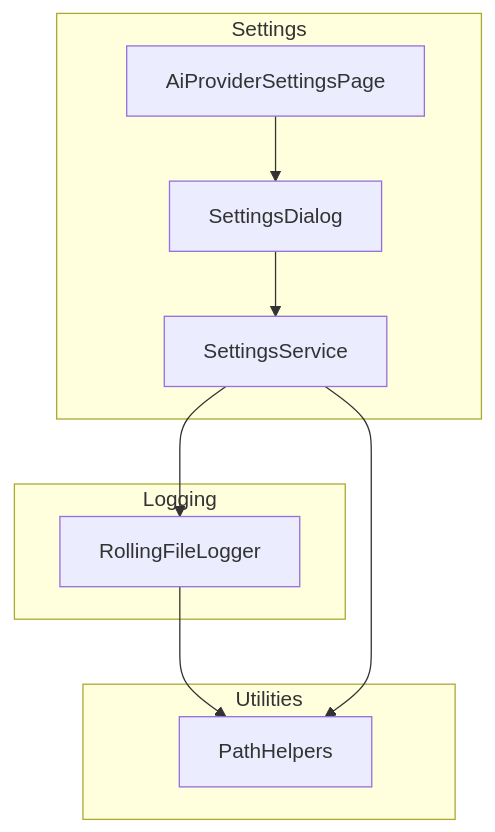
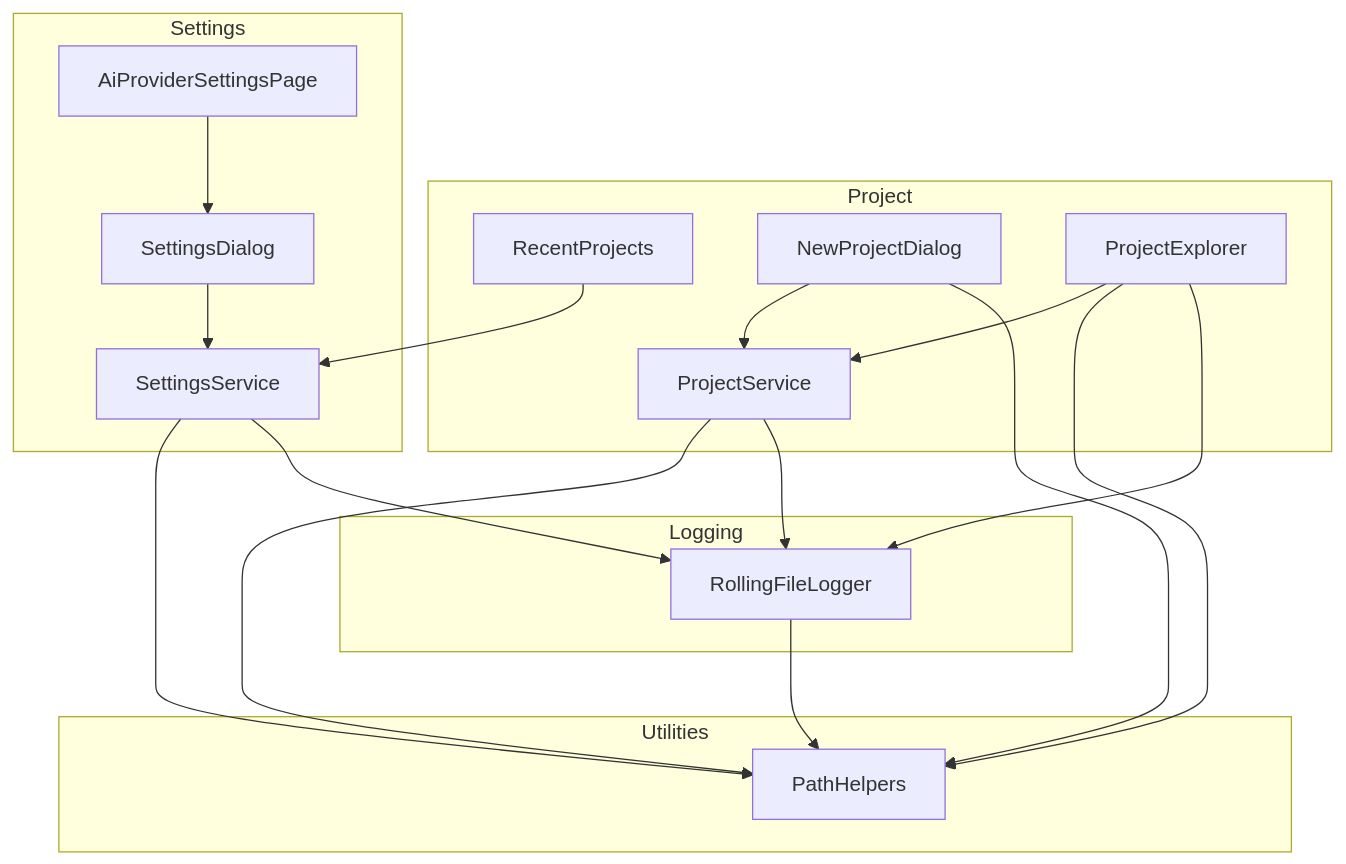
Before and after one commit to demaconsulting/CanvasPilot: the diagram in docs/design/canvas-pilot.md, drawn with Mermaid. The commit also changed other lines of this file and 55 other files, not shown here.

````diff
--- a/docs/design/canvas-pilot.md
+++ b/docs/design/canvas-pilot.md
@@ -12,19 +12,33 @@
 ```mermaid
 flowchart TD
     subgraph Logging
         RollingFileLogger
+    end
+    subgraph Project
+        ProjectService
+        RecentProjects
+        NewProjectDialog
+        ProjectExplorer
     end
     subgraph Settings
         SettingsService
         SettingsDialog
         AiProviderSettingsPage
     end
     subgraph Utilities
         PathHelpers
     end
     RollingFileLogger --> PathHelpers
+    ProjectService --> PathHelpers
+    ProjectService --> RollingFileLogger
+    RecentProjects --> SettingsService
+    NewProjectDialog --> ProjectService
+    NewProjectDialog --> PathHelpers
+    ProjectExplorer --> ProjectService
+    ProjectExplorer --> PathHelpers
+    ProjectExplorer --> RollingFileLogger
     SettingsService --> PathHelpers
     SettingsService --> RollingFileLogger
     SettingsDialog --> SettingsService
     AiProviderSettingsPage --> SettingsDialog
 ```
````
